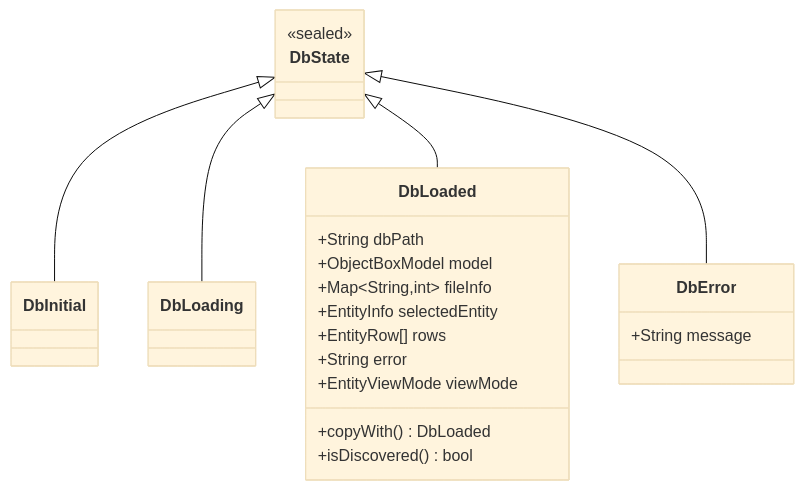
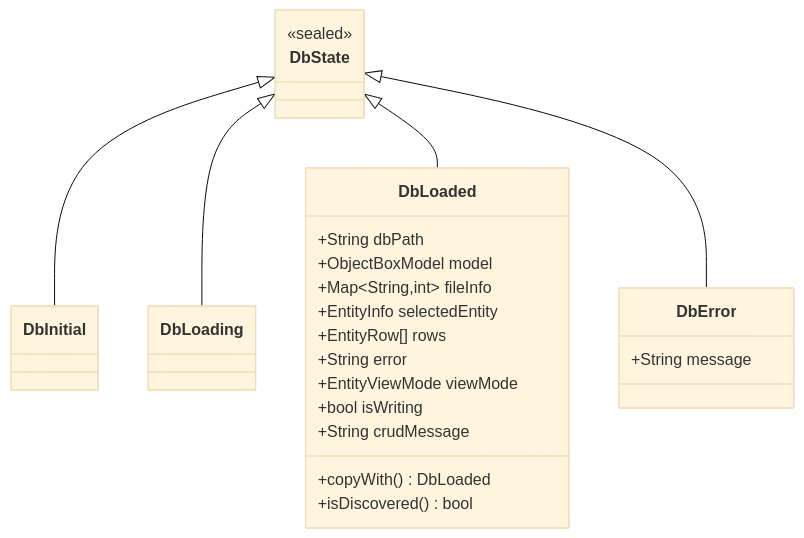
The seventh of 18 diagrams in .qoder/repowiki/zh/content/架构设计/状态管理设计.md (kongpf8848/objectbox_viewer), drawn with Mermaid (base theme) before and after one commit. The commit also changed other lines of this file and 19 other files, not shown here.

````diff
--- a/.qoder/repowiki/zh/content/架构设计/状态管理设计.md
+++ b/.qoder/repowiki/zh/content/架构设计/状态管理设计.md
@@ -284,28 +319,30 @@
 ```mermaid
 classDiagram
 class DbState {
 <<sealed>>
 }
 class DbInitial {
 }
 class DbLoading {
 }
 class DbLoaded {
 +String dbPath
 +ObjectBoxModel model
 +Map~String,int~ fileInfo
 +EntityInfo selectedEntity
 +EntityRow[] rows
 +String error
 +EntityViewMode viewMode
++bool isWriting
++String crudMessage
 +copyWith() DbLoaded
 +isDiscovered() bool
 }
 class DbError {
 +String message
 }
 DbState <|-- DbInitial
 DbState <|-- DbLoading
 DbState <|-- DbLoaded
 DbState <|-- DbError
 ```
````
